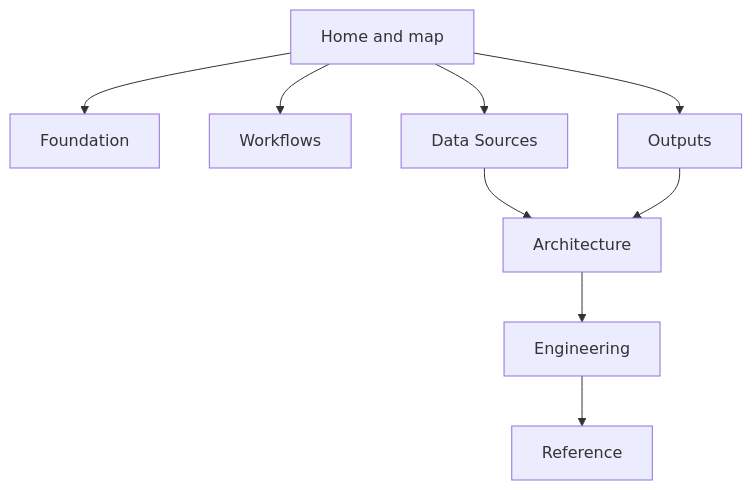
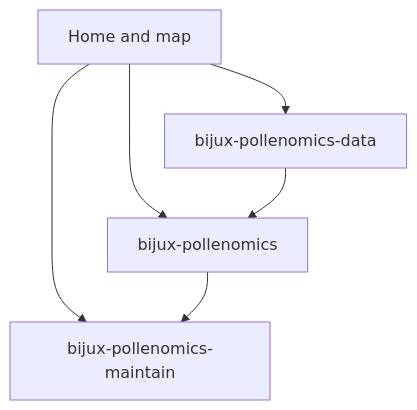
One commit to bijux/bijux-pollenomics changed the second of 2 diagrams in docs/index.md. Above: the diagram before and after it, drawn with Mermaid. The commit also changed other lines of this file and 49 other files, not shown here.

````diff
--- a/docs/index.md
+++ b/docs/index.md
@@ -92,11 +96,8 @@
 ```mermaid
 flowchart TD
-    Home[Home and map] --> Foundation[Foundation]
-    Home --> Workflows[Workflows]
-    Home --> Sources[Data Sources]
-    Home --> Outputs[Outputs]
-    Sources --> Architecture[Architecture]
-    Outputs --> Architecture
-    Architecture --> Engineering[Engineering]
-    Engineering --> Reference[Reference]
+    Home[Home and map] --> Package[bijux-pollenomics]
+    Home --> Data[bijux-pollenomics-data]
+    Home --> Maintain[bijux-pollenomics-maintain]
+    Data --> Package
+    Package --> Maintain
 ```
````
